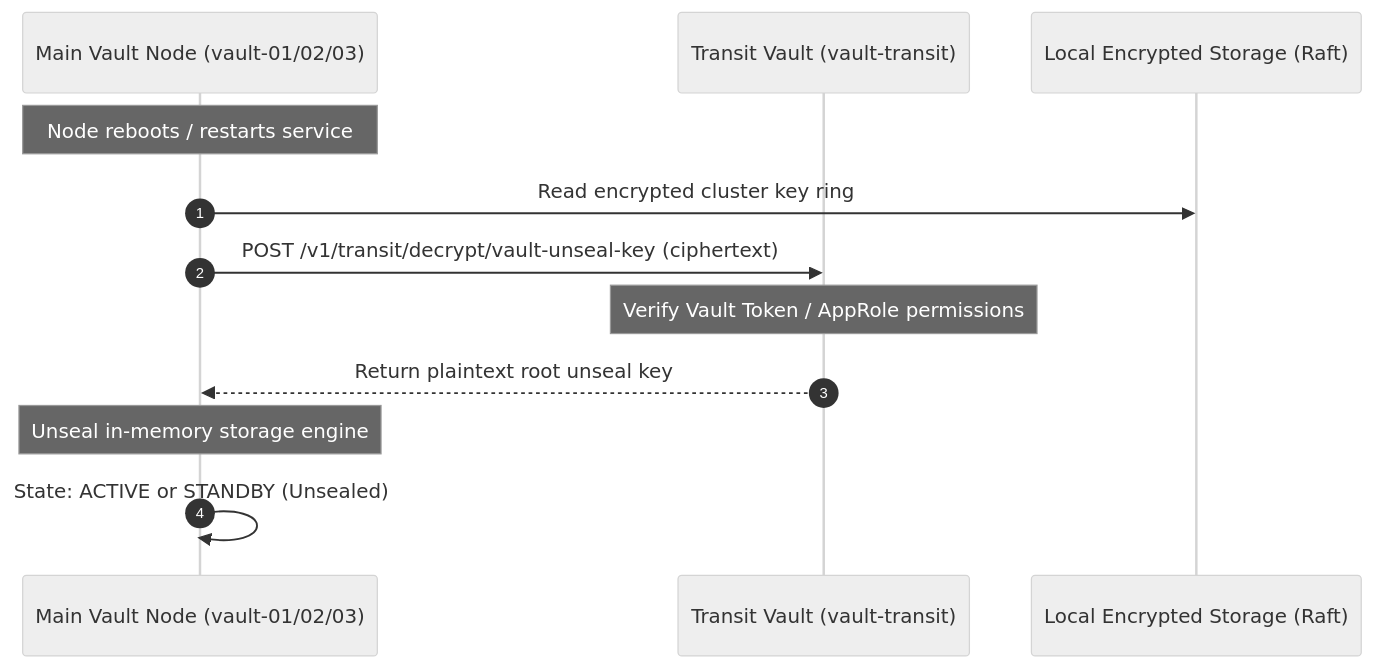
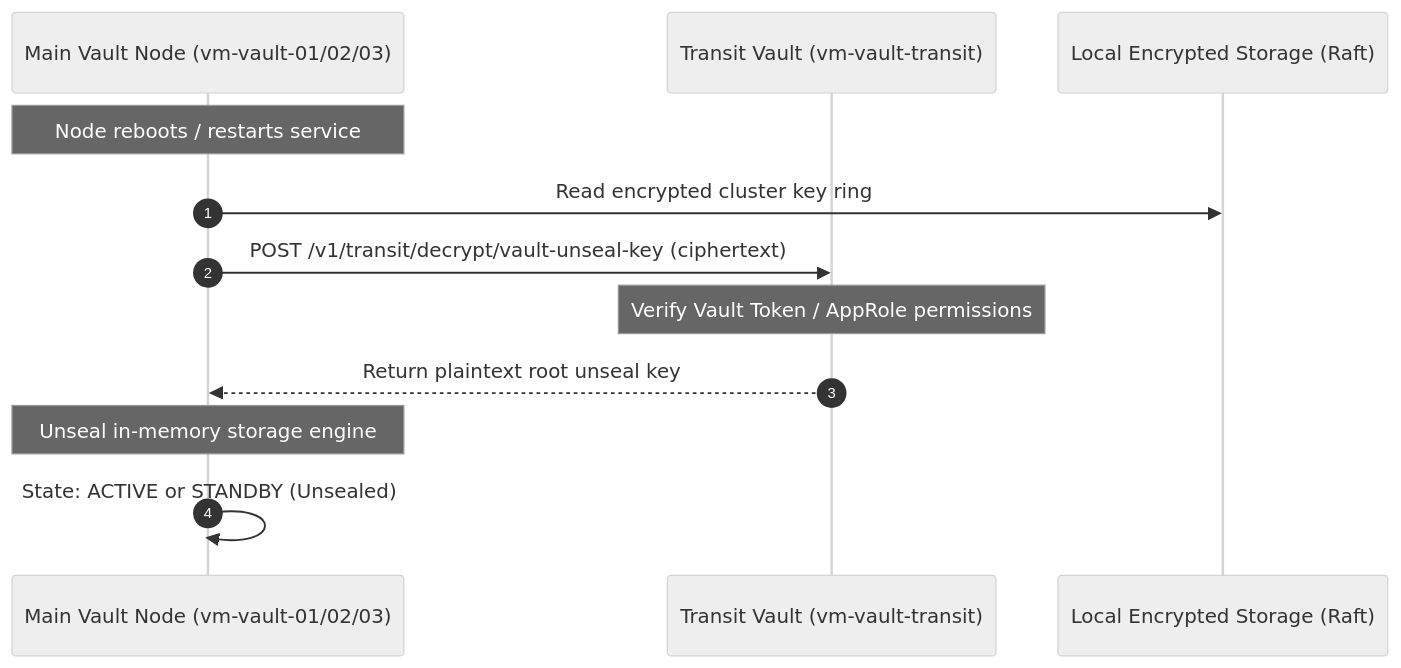
Before and after one commit to antonj-code/vault-bootstrap: the third of 3 diagrams in docs/architecture.md, drawn with Mermaid (neutral theme). The commit also changed other lines of this file and 9 other files, not shown here.

````diff
--- a/docs/architecture.md
+++ b/docs/architecture.md
@@ -97,15 +97,15 @@
 ```mermaid
 sequenceDiagram
     autonumber
-    participant V as Main Vault Node (vault-01/02/03)
-    participant T as Transit Vault (vault-transit)
+    participant V as Main Vault Node (vm-vault-01/02/03)
+    participant T as Transit Vault (vm-vault-transit)
     participant S as Local Encrypted Storage (Raft)
 
     Note over V: Node reboots / restarts service
     V->>S: Read encrypted cluster key ring
     V->>T: POST /v1/transit/decrypt/vault-unseal-key (ciphertext)
     Note over T: Verify Vault Token / AppRole permissions
     T-->>V: Return plaintext root unseal key
     Note over V: Unseal in-memory storage engine
     V->>V: State: ACTIVE or STANDBY (Unsealed)
 ```
````
